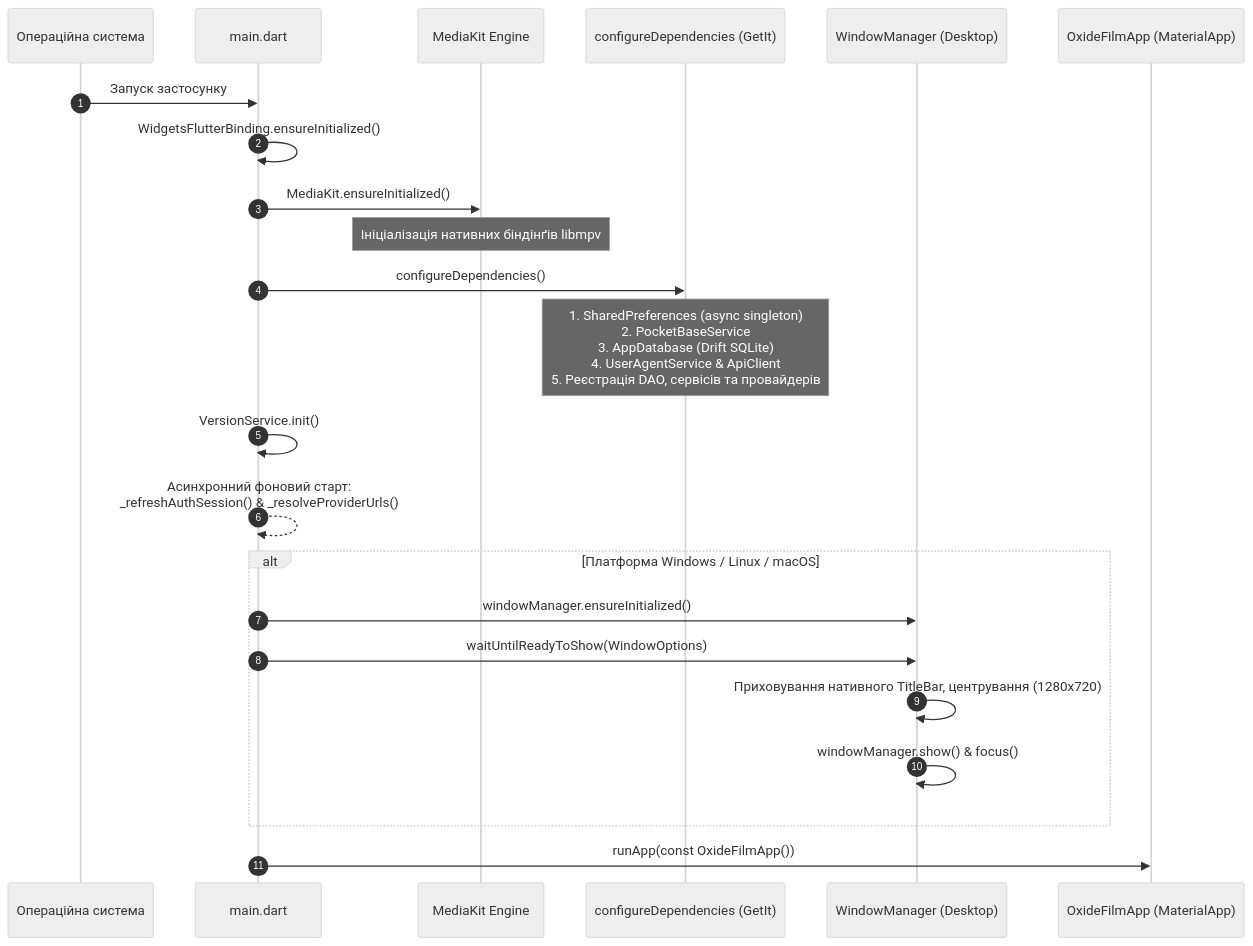
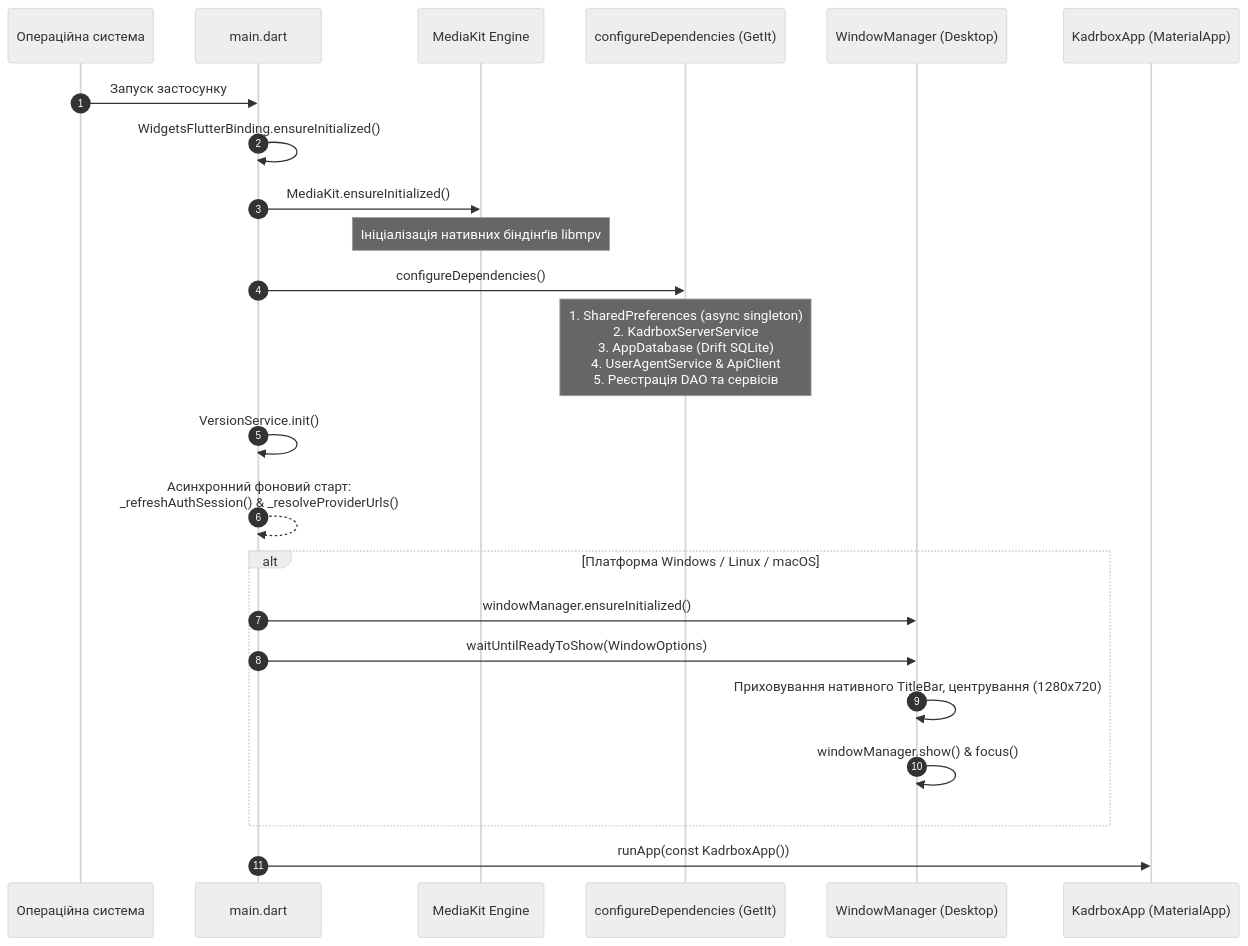
One commit to edhases/kadrbox changed the second of 4 diagrams in docs/01_TECH_STACK_AND_ARCHITECTURE.md. Above: the diagram before and after it, drawn with Mermaid (neutral theme). The commit also changed other lines of this file and 17 other files, not shown here.

````diff
--- a/docs/01_TECH_STACK_AND_ARCHITECTURE.md
+++ b/docs/01_TECH_STACK_AND_ARCHITECTURE.md
@@ -136,26 +141,26 @@
 ```mermaid
 sequenceDiagram
     autonumber
     participant OS as Операційна система
     participant Main as main.dart
     participant MK as MediaKit Engine
     participant DI as configureDependencies (GetIt)
     participant WM as WindowManager (Desktop)
-    participant UI as OxideFilmApp (MaterialApp)
+    participant UI as KadrboxApp (MaterialApp)
 
     OS->>Main: Запуск застосунку
     Main->>Main: WidgetsFlutterBinding.ensureInitialized()
     Main->>MK: MediaKit.ensureInitialized()
     Note over MK: Ініціалізація нативних біндінґів libmpv
     Main->>DI: configureDependencies()
-    Note over DI: 1. SharedPreferences (async singleton)<br/>2. PocketBaseService<br/>3. AppDatabase (Drift SQLite)<br/>4. UserAgentService & ApiClient<br/>5. Реєстрація DAO, сервісів та провайдерів
+    Note over DI: 1. SharedPreferences (async singleton)<br/>2. KadrboxServerService<br/>3. AppDatabase (Drift SQLite)<br/>4. UserAgentService & ApiClient<br/>5. Реєстрація DAO та сервісів
     Main->>Main: VersionService.init()
     Main-->>Main: Асинхронний фоновий старт:<br/>_refreshAuthSession() & _resolveProviderUrls()
     alt Платформа Windows / Linux / macOS
         Main->>WM: windowManager.ensureInitialized()
         Main->>WM: waitUntilReadyToShow(WindowOptions)
         WM->>WM: Приховування нативного TitleBar, центрування (1280x720)
         WM->>WM: windowManager.show() & focus()
     end
-    Main->>UI: runApp(const OxideFilmApp())
+    Main->>UI: runApp(const KadrboxApp())
 ```
````
